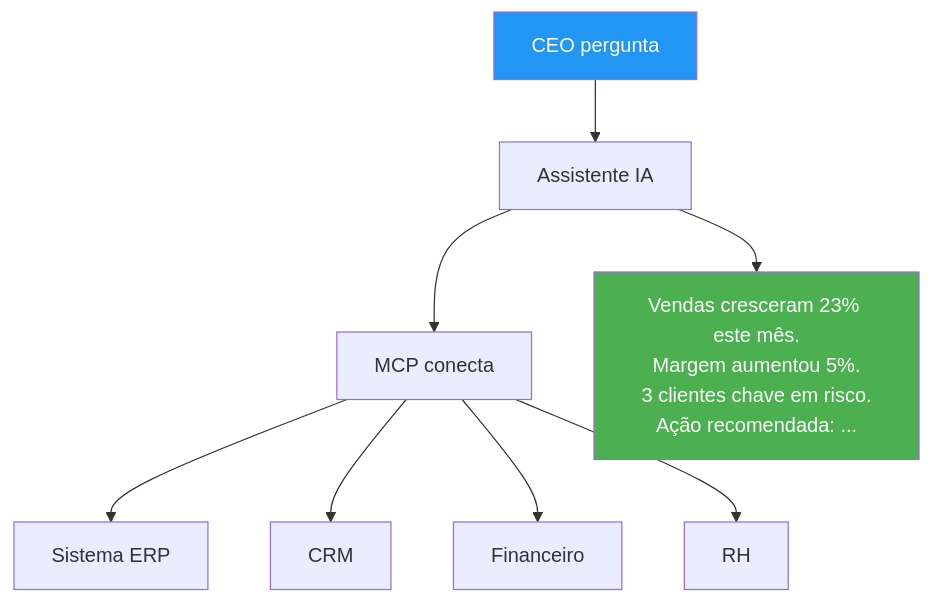
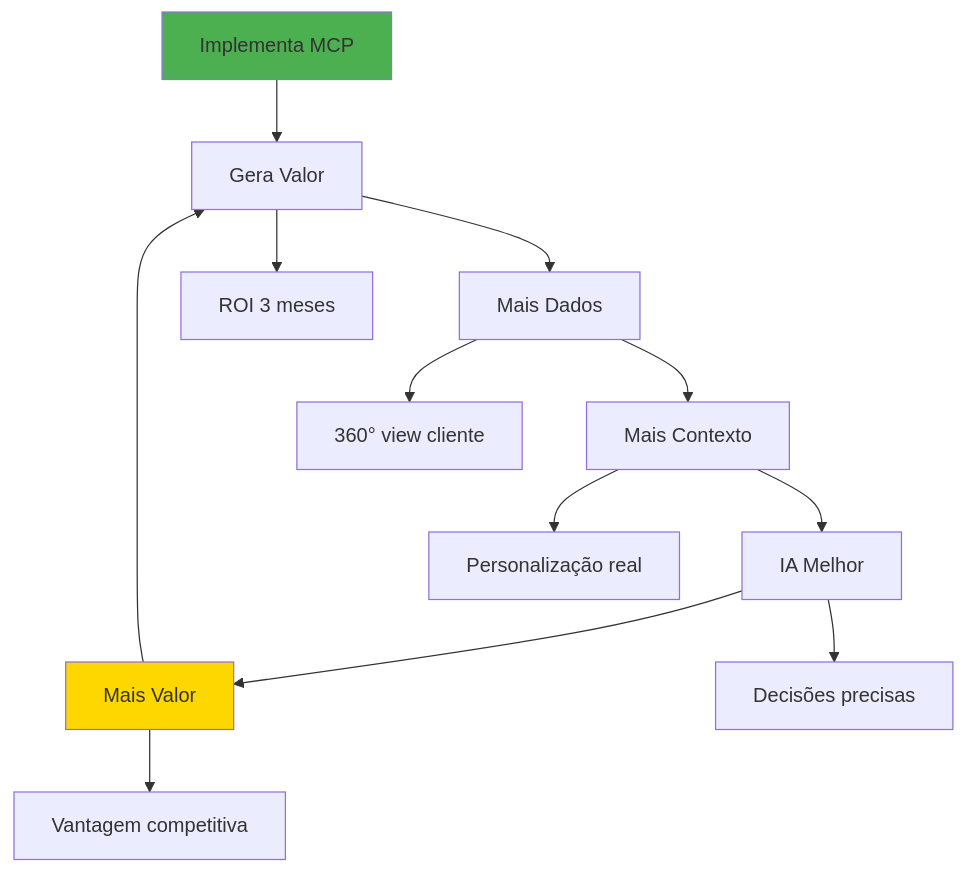
Before and after one commit to felipepimentel/my-public-notes: the seventh of 25 diagrams in AI/Comunicação/MCP/00-mcp-presentation-product.md, drawn with Mermaid. The commit also changed other lines of this file, not shown here.

````diff
--- a/AI/Comunicação/MCP/00-mcp-presentation-product.md
+++ b/AI/Comunicação/MCP/00-mcp-presentation-product.md
@@ -154,15 +166,18 @@
 ```mermaid
 graph TD
-    CEO[CEO pergunta] --> AI[Assistente IA]
-    AI --> MCP[MCP conecta]
+    START[Implementa MCP] --> VALUE[Gera Valor]
+    VALUE --> DATA[Mais Dados]
+    DATA --> CONTEXT[Mais Contexto]
+    CONTEXT --> BETTER[IA Melhor]
+    BETTER --> MORE[Mais Valor]
+    MORE --> VALUE
     
-    MCP --> ERP[Sistema ERP]
-    MCP --> CRM[CRM]
-    MCP --> FIN[Financeiro]
-    MCP --> HR[RH]
+    VALUE --> M1[ROI 3 meses]
+    DATA --> M2[360° view cliente]
+    CONTEXT --> M3[Personalização real]
+    BETTER --> M4[Decisões precisas]
+    MORE --> M5[Vantagem competitiva]
     
-    AI --> RESP["Vendas cresceram 23% este mês.<br/>Margem aumentou 5%.<br/>3 clientes chave em risco.<br/>Ação recomendada: ..."]
-    
-    style CEO fill:#2196F3,color:#fff
-    style RESP fill:#4CAF50,color:#fff
+    style START fill:#4CAF50
+    style MORE fill:#FFD700
 ```
````
